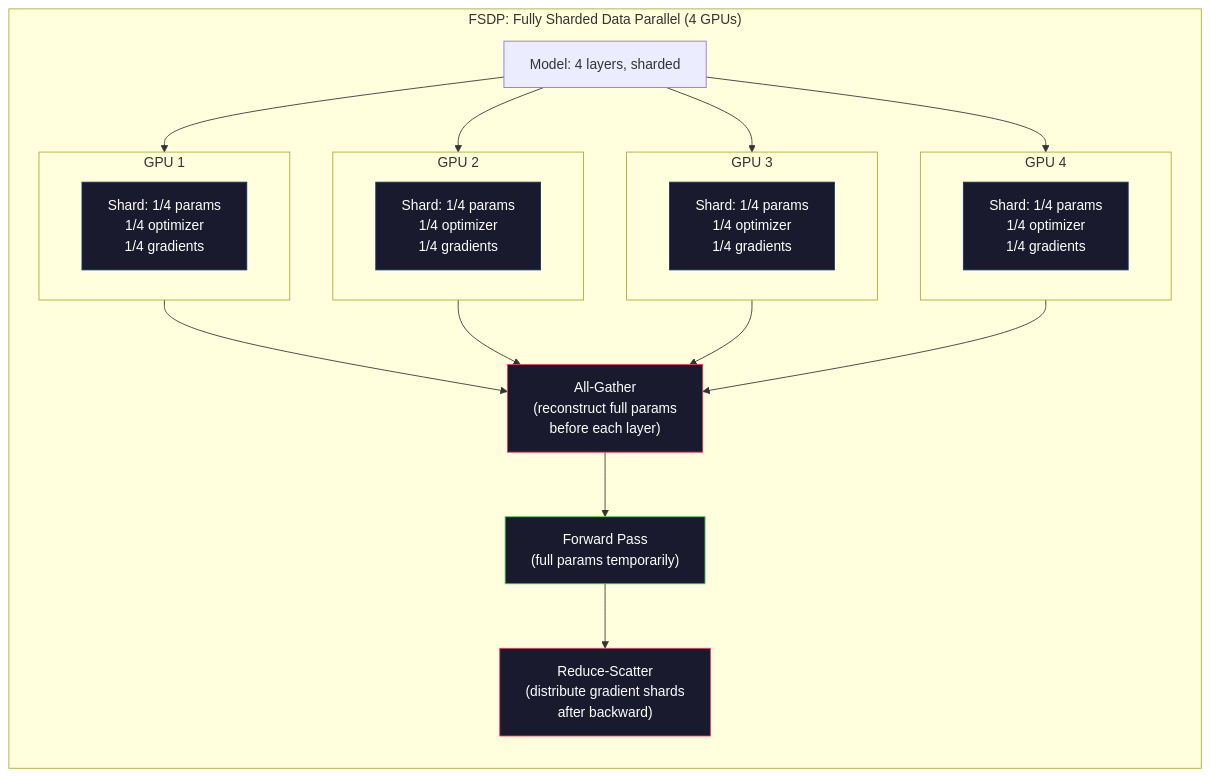
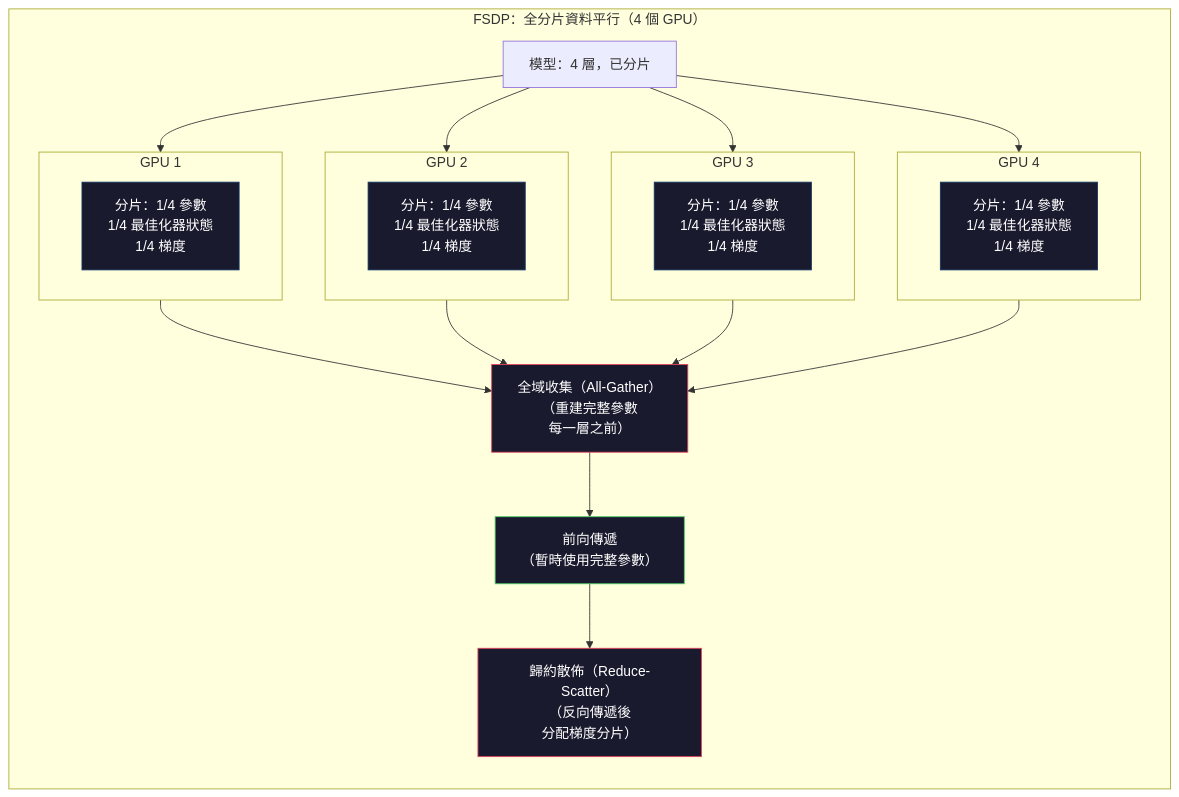
One commit to edward821220/ai-engineering-from-scratch changed the second of 3 diagrams in i18n/zh-TW/phases/10-llms-from-scratch/05-scaling-distributed/docs/zh-TW.md. Above: the diagram before and after it, drawn with Mermaid. The commit also changed other lines of this file and 123 other files, not shown here.

````diff
--- a/i18n/zh-TW/phases/10-llms-from-scratch/05-scaling-distributed/docs/zh-TW.md
+++ b/i18n/zh-TW/phases/10-llms-from-scratch/05-scaling-distributed/docs/zh-TW.md
@@ -123,43 +123,43 @@
 ```mermaid
 graph TD
-    subgraph FSDP["FSDP: Fully Sharded Data Parallel (4 GPUs)"]
+    subgraph FSDP["FSDP：全分片資料平行（4 個 GPU）"]
         direction TB
-        S["Model: 4 layers, sharded"]
+        S["模型：4 層，已分片"]
 
         subgraph GPU1["GPU 1"]
-            G1S["Shard: 1/4 params\n1/4 optimizer\n1/4 gradients"]
+            G1S["分片：1/4 參數\n1/4 最佳化器狀態\n1/4 梯度"]
         end
         subgraph GPU2["GPU 2"]
-            G2S["Shard: 1/4 params\n1/4 optimizer\n1/4 gradients"]
+            G2S["分片：1/4 參數\n1/4 最佳化器狀態\n1/4 梯度"]
         end
         subgraph GPU3["GPU 3"]
-            G3S["Shard: 1/4 params\n1/4 optimizer\n1/4 gradients"]
+            G3S["分片：1/4 參數\n1/4 最佳化器狀態\n1/4 梯度"]
         end
         subgraph GPU4["GPU 4"]
-            G4S["Shard: 1/4 params\n1/4 optimizer\n1/4 gradients"]
+            G4S["分片：1/4 參數\n1/4 最佳化器狀態\n1/4 梯度"]
         end
 
-        AG["All-Gather\n(reconstruct full params\nbefore each layer)"]
-        FW["Forward Pass\n(full params temporarily)"]
-        RS["Reduce-Scatter\n(distribute gradient shards\nafter backward)"]
+        AG["全域收集（All-Gather）\n（重建完整參數\n每一層之前）"]
+        FW["前向傳遞\n（暫時使用完整參數）"]
+        RS["歸約散佈（Reduce-Scatter）\n（反向傳遞後\n分配梯度分片）"]
 
         S --> GPU1
         S --> GPU2
         S --> GPU3
         S --> GPU4
         GPU1 --> AG
         GPU2 --> AG
         GPU3 --> AG
         GPU4 --> AG
         AG --> FW
         FW --> RS
     end
 
     style G1S fill:#1a1a2e,stroke:#0f3460,color:#fff
     style G2S fill:#1a1a2e,stroke:#0f3460,color:#fff
     style G3S fill:#1a1a2e,stroke:#0f3460,color:#fff
     style G4S fill:#1a1a2e,stroke:#0f3460,color:#fff
     style AG fill:#1a1a2e,stroke:#e94560,color:#fff
     style FW fill:#1a1a2e,stroke:#51cf66,color:#fff
     style RS fill:#1a1a2e,stroke:#e94560,color:#fff
 ```
````
